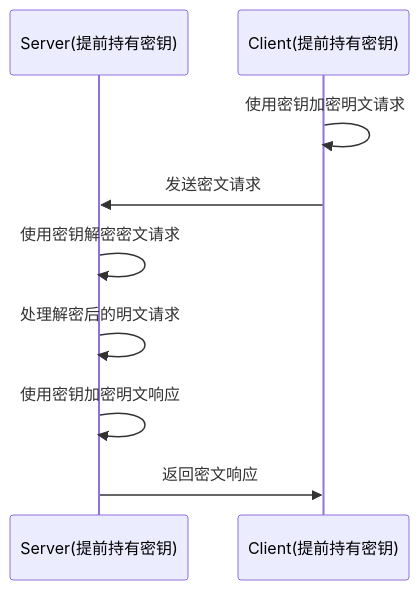
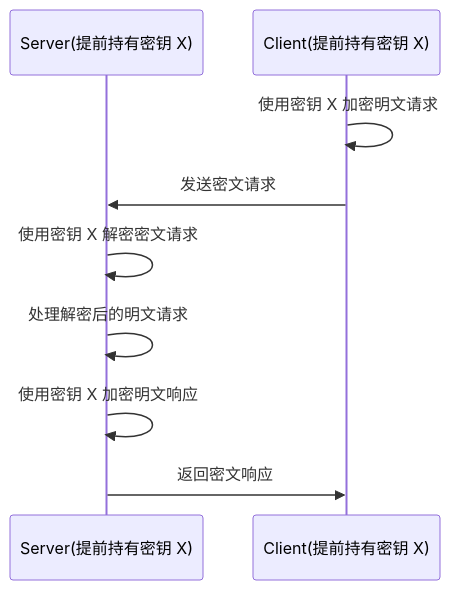
The second of 5 diagrams in Computer_Networks_Note/003+limou+2024_03_18+应用层.md (xiaogithubooo/LimouLearnNote), drawn with Mermaid before and after one commit. The commit also changed other lines of this file and 2 other files, not shown here.

````diff
--- a/Computer_Networks_Note/003+limou+2024_03_18+应用层.md
+++ b/Computer_Networks_Note/003+limou+2024_03_18+应用层.md
@@ -3006,12 +3006,12 @@
 ```mermaid
 sequenceDiagram
-    participant Server(提前持有密钥)
-    participant Client(提前持有密钥)
+    participant Server(提前持有密钥 X)
+    participant Client(提前持有密钥 X)
 
-    Client(提前持有密钥)->>Client(提前持有密钥): 使用密钥加密明文请求
-    Client(提前持有密钥)->>Server(提前持有密钥): 发送密文请求
-    Server(提前持有密钥)->>Server(提前持有密钥): 使用密钥解密密文请求
-    Server(提前持有密钥)->>Server(提前持有密钥): 处理解密后的明文请求
-    Server(提前持有密钥)->>Server(提前持有密钥): 使用密钥加密明文响应
-    Server(提前持有密钥)->>Client(提前持有密钥): 返回密文响应
+    Client(提前持有密钥 X)->>Client(提前持有密钥 X): 使用密钥 X 加密明文请求
+    Client(提前持有密钥 X)->>Server(提前持有密钥 X): 发送密文请求
+    Server(提前持有密钥 X)->>Server(提前持有密钥 X): 使用密钥 X 解密密文请求
+    Server(提前持有密钥 X)->>Server(提前持有密钥 X): 处理解密后的明文请求
+    Server(提前持有密钥 X)->>Server(提前持有密钥 X): 使用密钥 X 加密明文响应
+    Server(提前持有密钥 X)->>Client(提前持有密钥 X): 返回密文响应
 ```
````
